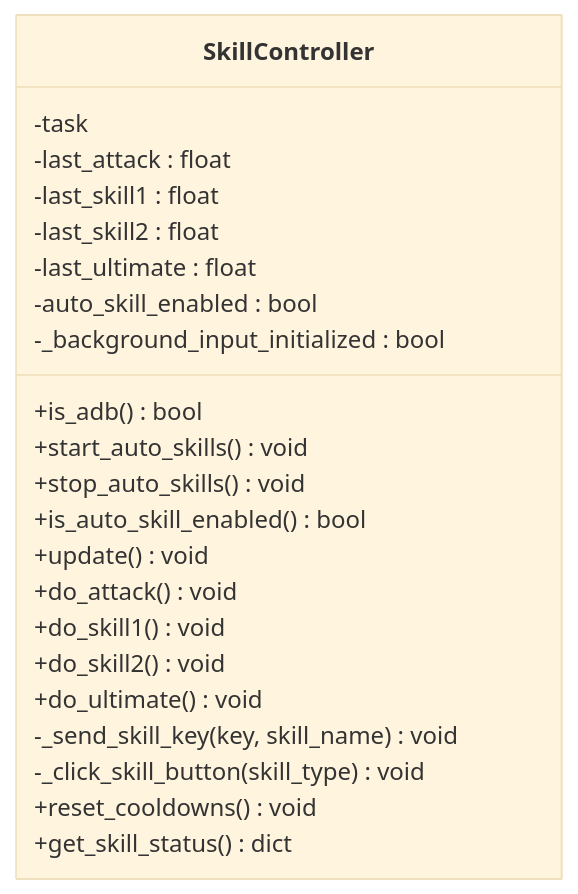
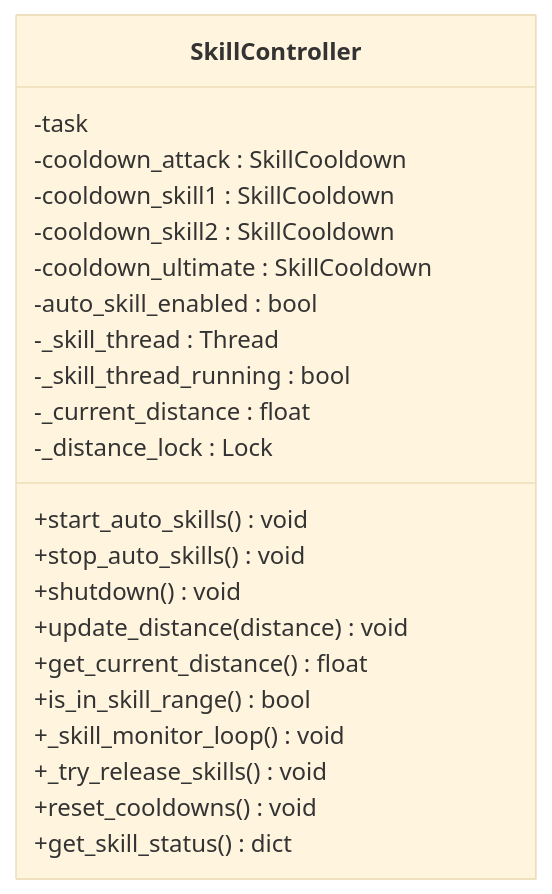
The fourth of 7 diagrams in .qoder/repowiki/zh/content/战斗系统/技能控制器.md (xsy098-max/ok-jump), drawn with Mermaid (base theme) before and after one commit. The commit also changed other lines of this file and 22 other files, not shown here.

````diff
--- a/.qoder/repowiki/zh/content/战斗系统/技能控制器.md
+++ b/.qoder/repowiki/zh/content/战斗系统/技能控制器.md
@@ -159,25 +240,25 @@
 ```mermaid
 classDiagram
 class SkillController {
 -task
--last_attack : float
--last_skill1 : float
--last_skill2 : float
--last_ultimate : float
+-cooldown_attack : SkillCooldown
+-cooldown_skill1 : SkillCooldown
+-cooldown_skill2 : SkillCooldown
+-cooldown_ultimate : SkillCooldown
 -auto_skill_enabled : bool
--_background_input_initialized : bool
-+is_adb() bool
+-_skill_thread : Thread
+-_skill_thread_running : bool
+-_current_distance : float
+-_distance_lock : Lock
 +start_auto_skills() void
 +stop_auto_skills() void
-+is_auto_skill_enabled() bool
-+update() void
-+do_attack() void
-+do_skill1() void
-+do_skill2() void
-+do_ultimate() void
--_send_skill_key(key, skill_name) void
--_click_skill_button(skill_type) void
++shutdown() void
++update_distance(distance) void
++get_current_distance() float
++is_in_skill_range() bool
++_skill_monitor_loop() void
++_try_release_skills() void
 +reset_cooldowns() void
 +get_skill_status() dict
 }
 ```
````
